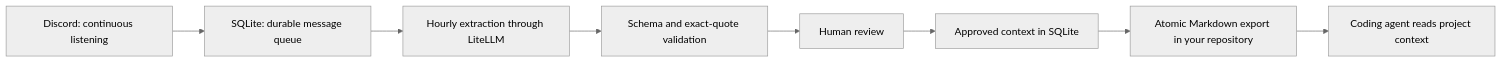
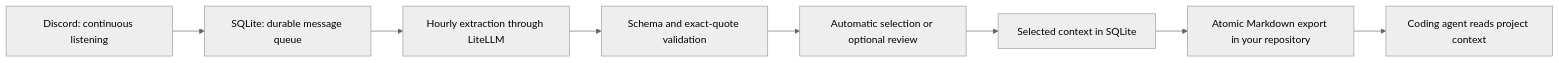
The diagram in README.md (Khushdeep1337/context-scribe), drawn with Mermaid (neutral theme) before and after one commit. The commit also changed other lines of this file and 19 other files, not shown here.

````diff
--- a/README.md
+++ b/README.md
@@ -14,10 +15,10 @@
 ```mermaid
 flowchart LR
     A[Discord: continuous listening] --> B[SQLite: durable message queue]
     B --> C[Hourly extraction through LiteLLM]
     C --> D[Schema and exact-quote validation]
-    D --> E[Human review]
-    E --> F[Approved context in SQLite]
+    D --> E[Automatic selection or optional review]
+    E --> F[Selected context in SQLite]
     F --> G[Atomic Markdown export in your repository]
     G --> H[Coding agent reads project context]
 ```
````
